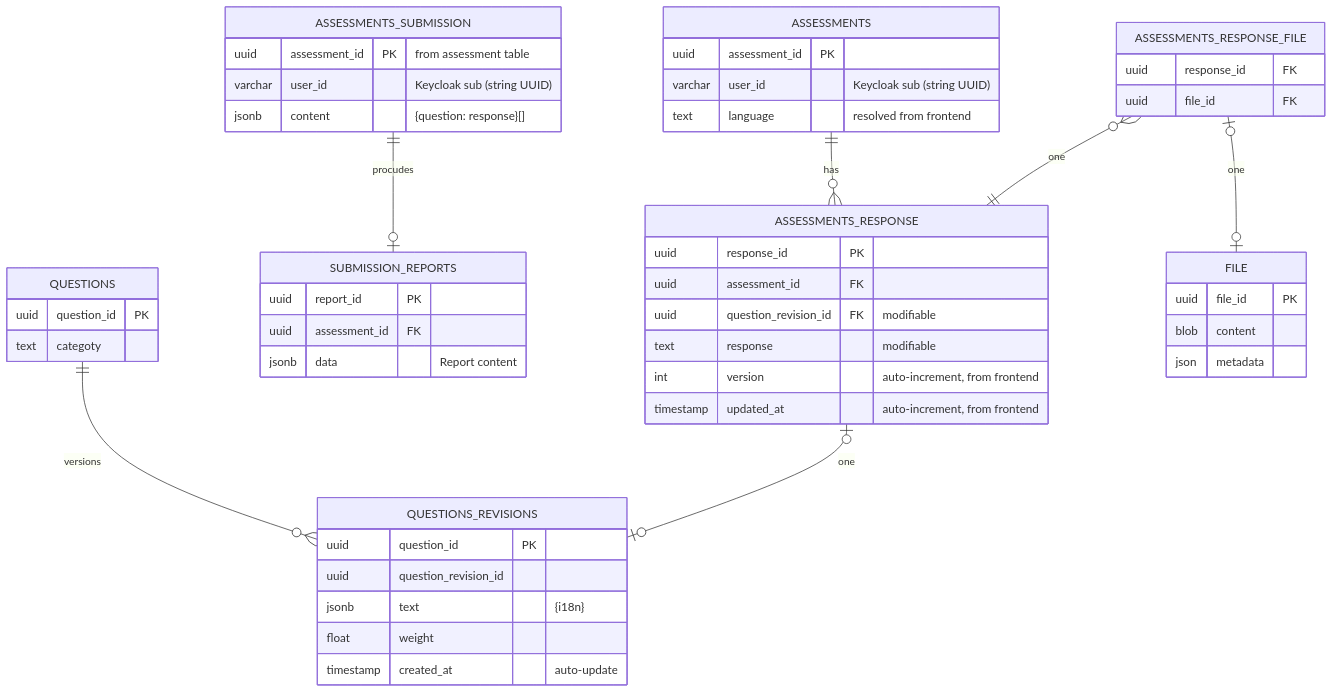
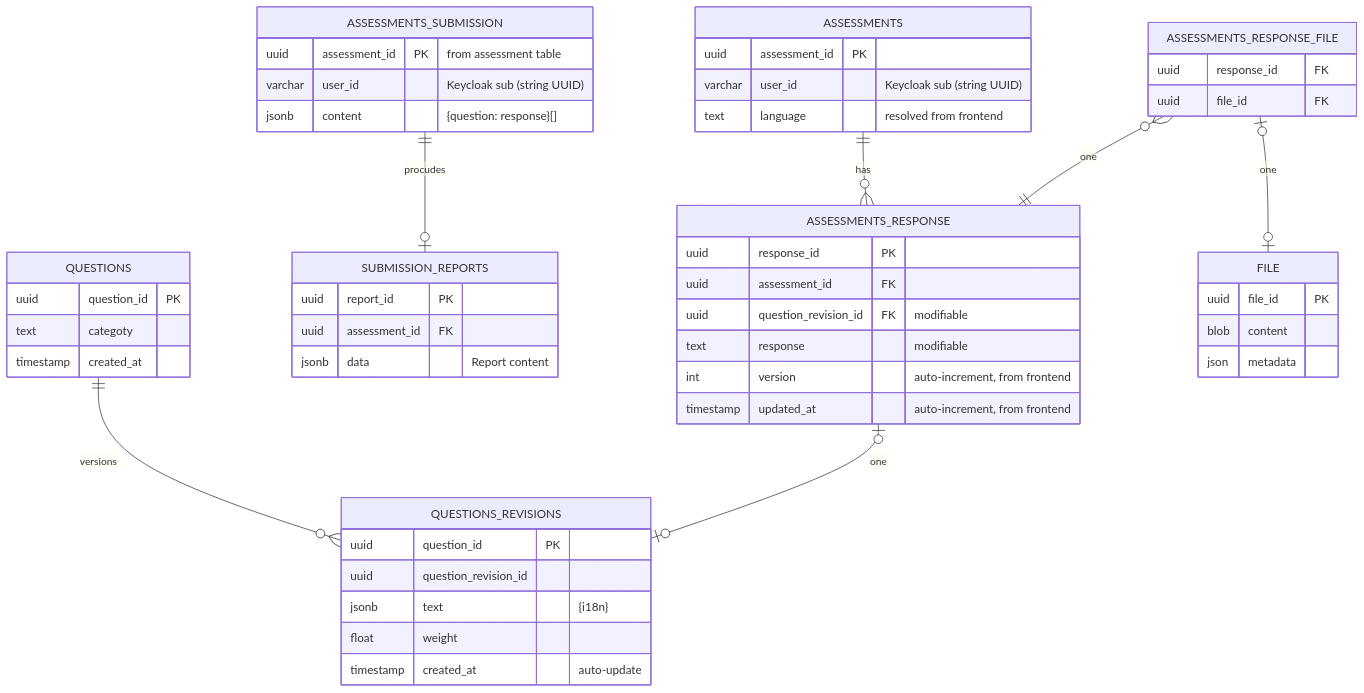
One commit to ADORSYS-GIS/DGAT-sustainability changed the diagram in backend/src/common/database/entity/README.md. Above: the diagram before and after it, drawn with Mermaid. The commit also changed 16 other files, not shown here.

````diff
--- a/backend/src/common/database/entity/README.md
+++ b/backend/src/common/database/entity/README.md
@@ -26,60 +26,61 @@
 ```mermaid
 erDiagram
 ASSESSMENTS ||--o{ ASSESSMENTS_RESPONSE : "has"
 ASSESSMENTS_SUBMISSION ||--o| SUBMISSION_REPORTS : "procudes"
 QUESTIONS  || --o{ QUESTIONS_REVISIONS : "versions"
 ASSESSMENTS_RESPONSE |o--o| QUESTIONS_REVISIONS : "one"
 ASSESSMENTS_RESPONSE_FILE }o--|| ASSESSMENTS_RESPONSE : "one"
 ASSESSMENTS_RESPONSE_FILE |o--o| FILE : "one"
 
     ASSESSMENTS_SUBMISSION {
         uuid assessment_id PK "from assessment table"
         varchar user_id "Keycloak sub (string UUID)"
         jsonb content "{question: response}[]"
     }
 
     ASSESSMENTS {
         uuid assessment_id PK
         varchar user_id "Keycloak sub (string UUID)"
         text language "resolved from frontend"
     }
 
     ASSESSMENTS_RESPONSE {
         uuid response_id PK
         uuid assessment_id FK
         uuid question_revision_id FK "modifiable"
         text response "modifiable"
         int version "auto-increment, from frontend"
         timestamp updated_at "auto-increment, from frontend"
     }
 
     ASSESSMENTS_RESPONSE_FILE {
         uuid response_id FK
         uuid file_id FK
     }
 
     FILE {
         uuid file_id PK
         blob content
         json metadata
     }
 
     QUESTIONS {
         uuid question_id PK
         text categoty
+        timestamp created_at
     }
 
     QUESTIONS_REVISIONS {
         uuid question_id PK
         uuid question_revision_id 
         jsonb text "{i18n}"
         float weight
         timestamp created_at "auto-update"
     }
 
     SUBMISSION_REPORTS {
         uuid report_id PK
         uuid assessment_id FK
         jsonb data "Report content"
     }
 ```
````
